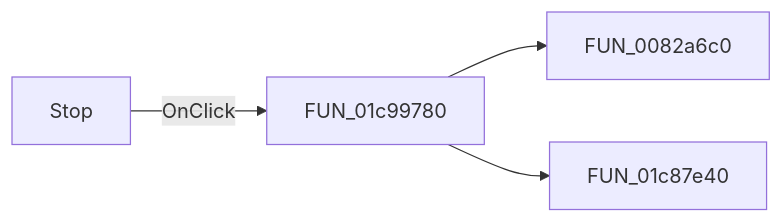
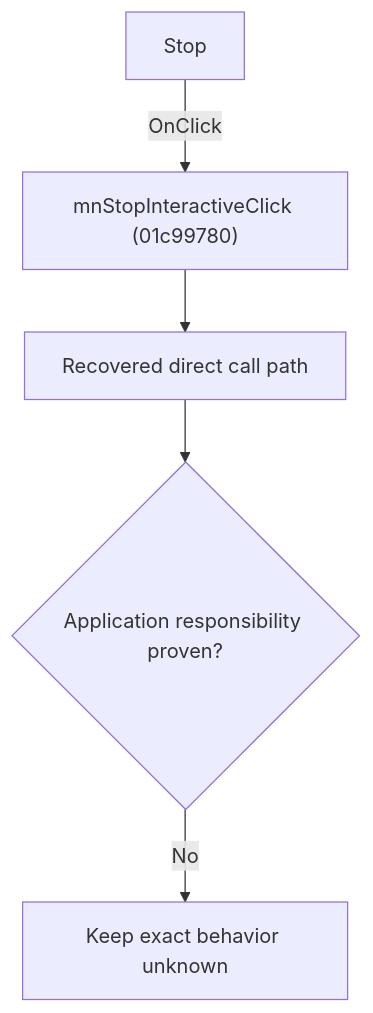
One commit to MovGP0/TIARA changed the diagram in docs/ui-controls/schematiceditor/mnstopinteractive-f6c9ea7521.md. Above: the diagram before and after it, drawn with Mermaid. The commit also changed other lines of this file and 1062 other files, not shown here.

````diff
--- a/docs/ui-controls/schematiceditor/mnstopinteractive-f6c9ea7521.md
+++ b/docs/ui-controls/schematiceditor/mnstopinteractive-f6c9ea7521.md
@@ -27,6 +27,7 @@
 ```mermaid
-flowchart LR
-    control["Stop"] -->|OnClick| handler["FUN_01c99780"]
-    handler --> call1["FUN_0082a6c0"]
-    handler --> call2["FUN_01c87e40"]
+flowchart TD
+    control["Stop"] -->|"OnClick"| handler["mnStopInteractiveClick (01c99780)"]
+    handler --> recovered["Recovered direct call path"]
+    recovered --> gap{"Application responsibility proven?"}
+    gap -->|"No"| blocked["Keep exact behavior unknown"]
 ```
````
